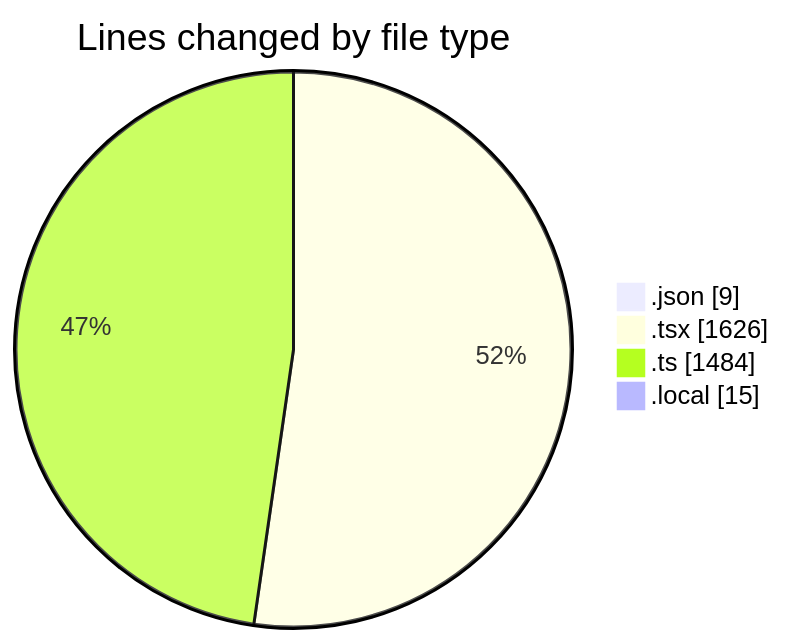
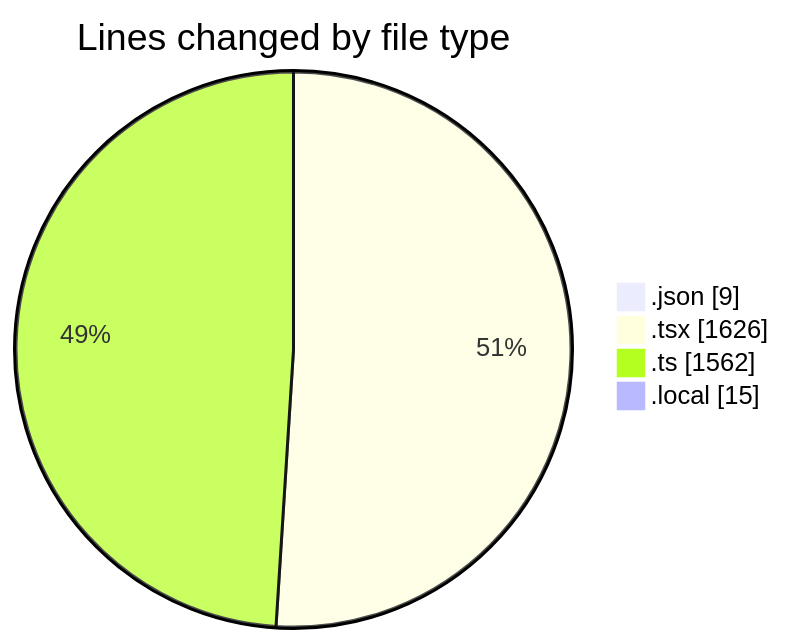
One commit to julien-gomy/code-tracking changed the first of 2 diagrams in 2025-10-27/eventscop-frontend-guide__workspace_/README.md. Above: the diagram before and after it, drawn with Mermaid. The commit also changed other lines of this file and 1 other file, not shown here.

````diff
--- a/2025-10-27/eventscop-frontend-guide__workspace_/README.md
+++ b/2025-10-27/eventscop-frontend-guide__workspace_/README.md
@@ -36,8 +37,8 @@
 ```mermaid
 pie showData
 title Lines changed by file type
 ".json" : 9
 ".tsx" : 1626
-".ts" : 1484
+".ts" : 1562
 ".local" : 15
 ```
````
